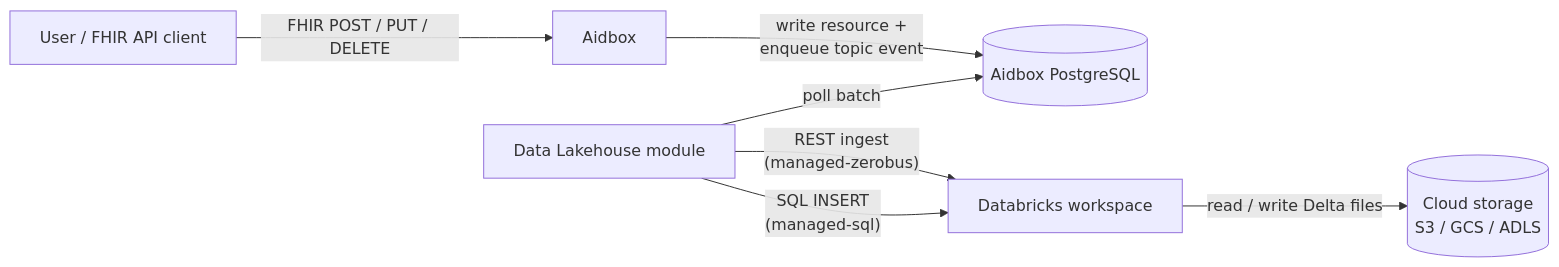
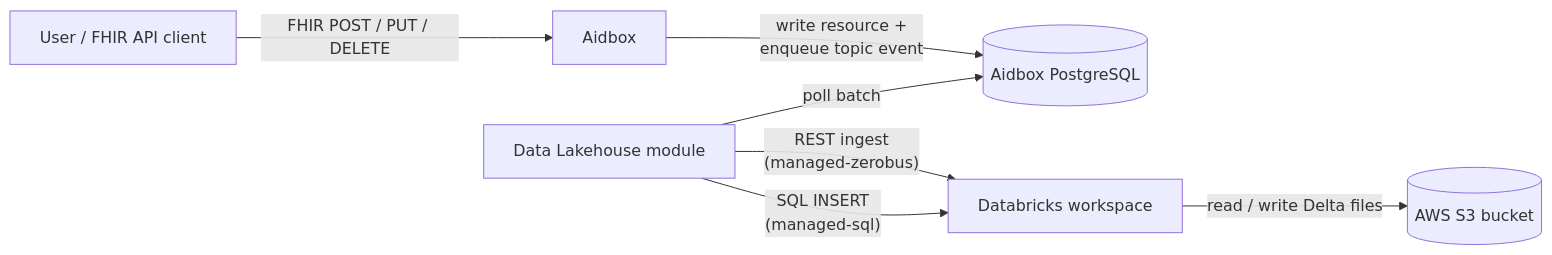
The first of 2 diagrams in docs/tutorials/subscriptions-tutorials/data-lakehouse-aidboxtopicdestination.md (HealthSamurai/aidbox-docs), drawn with Mermaid before and after one commit. The commit also changed other lines of this file and 1 other file, not shown here.

First line of the commit message:
docs: doc-audit fixes (mermaid, stale N recommendations, leaks of impl detail)

````diff
--- a/docs/tutorials/subscriptions-tutorials/data-lakehouse-aidboxtopicdestination.md
+++ b/docs/tutorials/subscriptions-tutorials/data-lakehouse-aidboxtopicdestination.md
@@ -74,16 +74,16 @@
 ```mermaid
 graph LR
     Client[User / FHIR API client]:::blue2
     Aidbox[Aidbox]:::blue2
     PG[(Aidbox PostgreSQL)]:::neutral2
     Mod[Data Lakehouse module]:::yellow2
     DBX[Databricks workspace]:::green2
-    FS[(Cloud storage<br/>S3 / GCS / ADLS)]:::violet2
+    FS[(AWS S3 bucket)]:::violet2
 
     Client -- FHIR POST / PUT / DELETE --> Aidbox
     Aidbox -- write resource +<br/>enqueue topic event --> PG
     Mod -- poll batch --> PG
     Mod -- REST ingest<br/>(managed-zerobus) --> DBX
     Mod -- SQL INSERT<br/>(managed-sql) --> DBX
     DBX -- read / write Delta files --> FS
 ```
````
